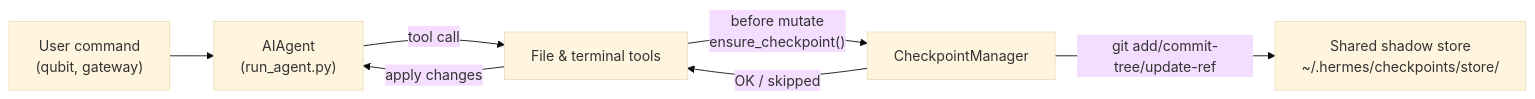
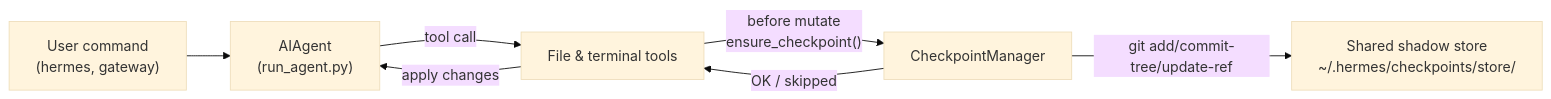
Before and after one commit to cgraph-dev/Qubit-AIO: the diagram in qubit_runtime/website/docs/user-guide/checkpoints-and-rollback.md, drawn with Mermaid (base theme). The commit also changed other lines of this file and 7152 other files, not shown here.

````diff
--- a/qubit_runtime/website/docs/user-guide/checkpoints-and-rollback.md
+++ b/qubit_runtime/website/docs/user-guide/checkpoints-and-rollback.md
@@ -70,15 +70,15 @@
 ```mermaid
 flowchart LR
-  user["User command\n(qubit, gateway)"]
+  user["User command\n(hermes, gateway)"]
   agent["AIAgent\n(run_agent.py)"]
   tools["File & terminal tools"]
   cpMgr["CheckpointManager"]
   store["Shared shadow store\n~/.hermes/checkpoints/store/"]
 
   user --> agent
   agent -->|"tool call"| tools
   tools -->|"before mutate\nensure_checkpoint()"| cpMgr
   cpMgr -->|"git add/commit-tree/update-ref"| store
   cpMgr -->|"OK / skipped"| tools
   tools -->|"apply changes"| agent
 ```
````
